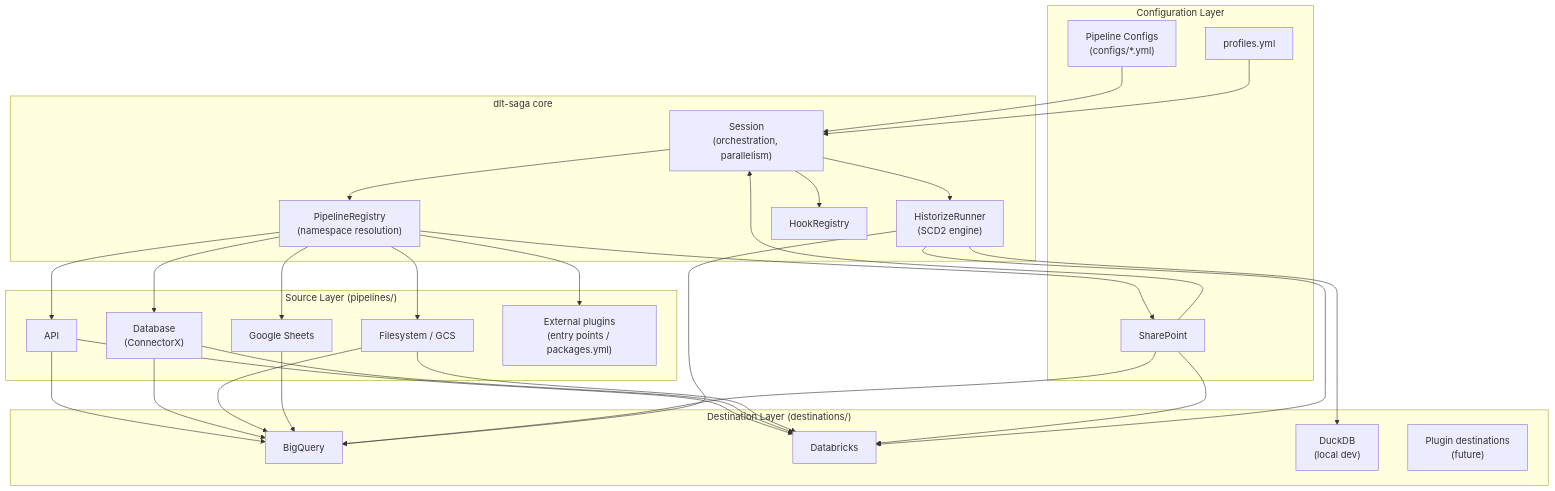
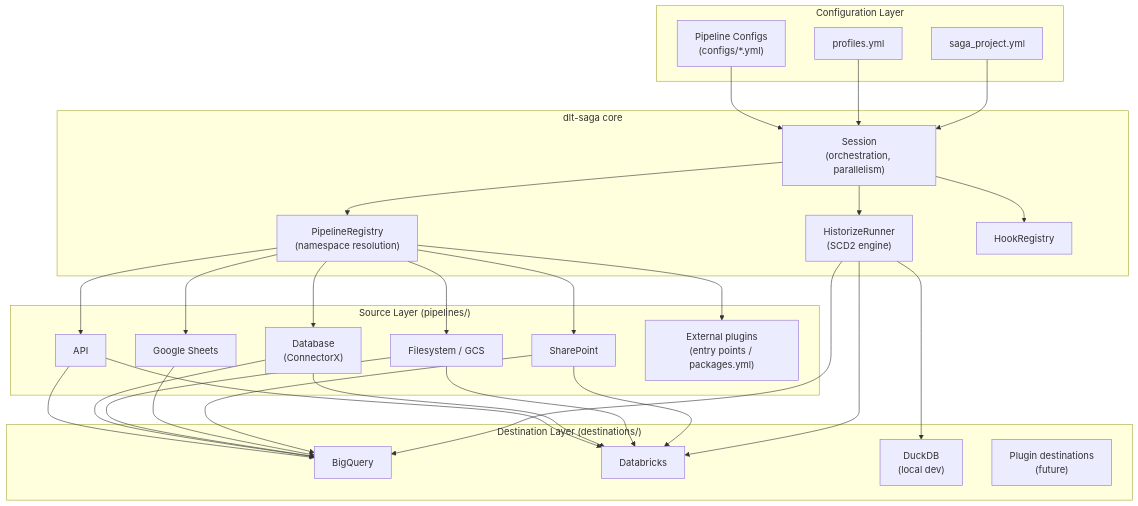
One commit to Glitni/dlt-saga changed the first of 4 diagrams in wiki/Architecture.md. Above: the diagram before and after it, drawn with Mermaid. The commit also changed 24 other files, not shown here.

````diff
--- a/wiki/Architecture.md
+++ b/wiki/Architecture.md
@@ -9,56 +9,56 @@
 ```mermaid
 graph TB
     subgraph "Configuration Layer"
         PC["Pipeline Configs\n(configs/*.yml)"]
         PR["profiles.yml"]
-        SP["saga_project.yml"]
+        SAGA_PROJ["saga_project.yml"]
     end
 
     subgraph "Source Layer  (pipelines/)"
         API["API"]
         DB["Database\n(ConnectorX)"]
         FS["Filesystem / GCS"]
         GS["Google Sheets"]
-        SP["SharePoint"]
+        SHP["SharePoint"]
         EXT["External plugins\n(entry points / packages.yml)"]
     end
 
     subgraph "dlt-saga core"
         REG["PipelineRegistry\n(namespace resolution)"]
         SESSION["Session\n(orchestration, parallelism)"]
         HIST["HistorizeRunner\n(SCD2 engine)"]
         HOOKS["HookRegistry"]
     end
 
     subgraph "Destination Layer  (destinations/)"
         BQ["BigQuery"]
         DBX["Databricks"]
         DDB["DuckDB\n(local dev)"]
         PLUG["Plugin destinations\n(future)"]
     end
 
     PC --> SESSION
     PR --> SESSION
-    SP --> SESSION
+    SAGA_PROJ --> SESSION
     SESSION --> REG
     REG --> API
     REG --> DB
     REG --> FS
     REG --> GS
-    REG --> SP
+    REG --> SHP
     REG --> EXT
     SESSION --> HIST
     SESSION --> HOOKS
     API --> BQ
     DB --> BQ
     FS --> BQ
     GS --> BQ
-    SP --> BQ
+    SHP --> BQ
     API --> DBX
     DB --> DBX
     FS --> DBX
-    SP --> DBX
+    SHP --> DBX
     HIST --> BQ
     HIST --> DBX
     HIST --> DDB
 ```
````
